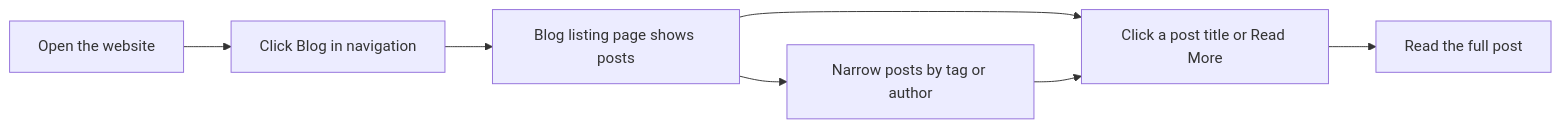
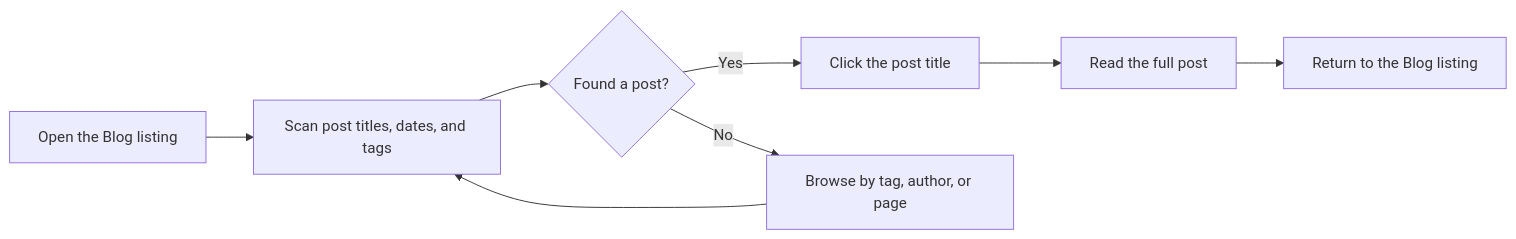
One commit to Mohita111/API2 changed the diagram in api2-documentation/plan_2026-11-02_f8890e/user-facing-docs/how-to-read-blog-posts.md. Above: the diagram before and after it, drawn with Mermaid. The commit also changed other lines of this file and 14 other files, not shown here.

````diff
--- a/api2-documentation/plan_2026-11-02_f8890e/user-facing-docs/how-to-read-blog-posts.md
+++ b/api2-documentation/plan_2026-11-02_f8890e/user-facing-docs/how-to-read-blog-posts.md
@@ -21,9 +24,10 @@
 ```mermaid
 graph LR
-  A["Open the website"] --> B["Click Blog in navigation"]
-  B --> C["Blog listing page shows posts"]
-  C --> D["Click a post title or Read More"]
-  D --> E["Read the full post"]
-  C --> F["Narrow posts by tag or author"]
-  F --> D
+    A[Open the Blog listing] --> B["Scan post titles, dates, and tags"]
+    B --> C{"Found a post?"}
+    C -->|Yes| D[Click the post title]
+    C -->|No| E["Browse by tag, author, or page"]
+    E --> B
+    D --> F[Read the full post]
+    F --> G[Return to the Blog listing]
 ```
````
